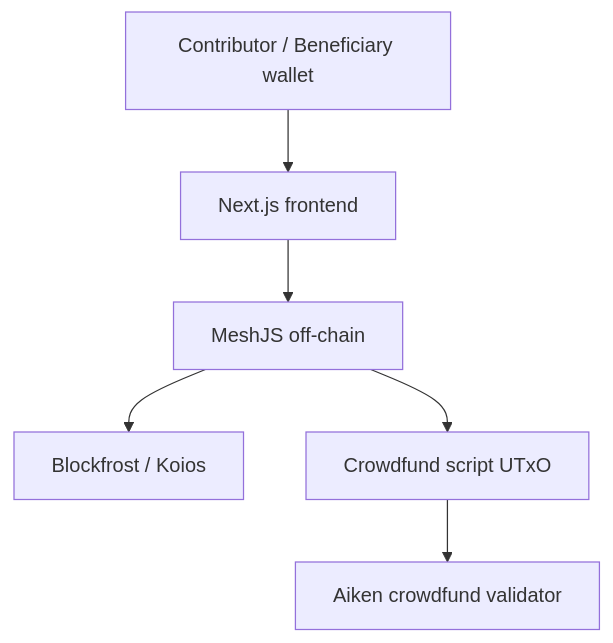
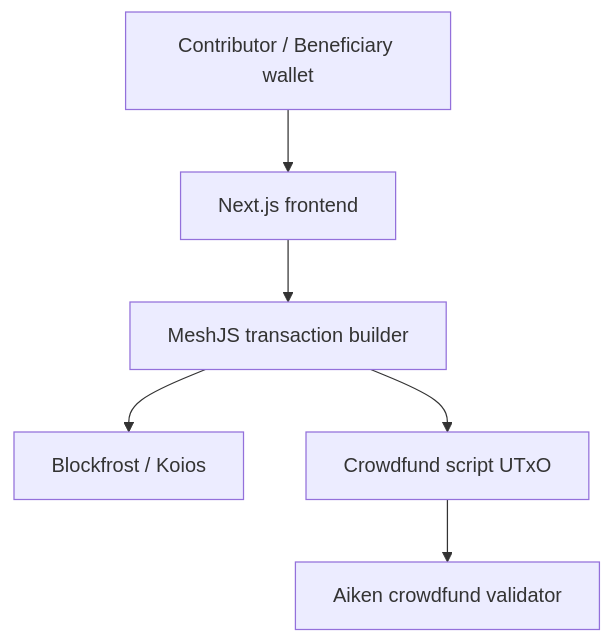
Before and after one commit to cardano2vn/Aiken-Course-2026: the diagram in 10.crowdfund/docs/architecture.md, drawn with Mermaid. The commit also changed other lines of this file and 33 other files, not shown here.

````diff
--- a/10.crowdfund/docs/architecture.md
+++ b/10.crowdfund/docs/architecture.md
@@ -7,8 +7,8 @@
 ```mermaid
 graph TD
   User["Contributor / Beneficiary wallet"] --> FE["Next.js frontend"]
-  FE --> OC["MeshJS off-chain"]
-  OC --> Provider["Blockfrost / Koios"]
-  OC --> Campaign["Crowdfund script UTxO"]
+  FE --> Builder["MeshJS transaction builder"]
+  Builder --> Provider["Blockfrost / Koios"]
+  Builder --> Campaign["Crowdfund script UTxO"]
   Campaign --> Validator["Aiken crowdfund validator"]
 ```
````
